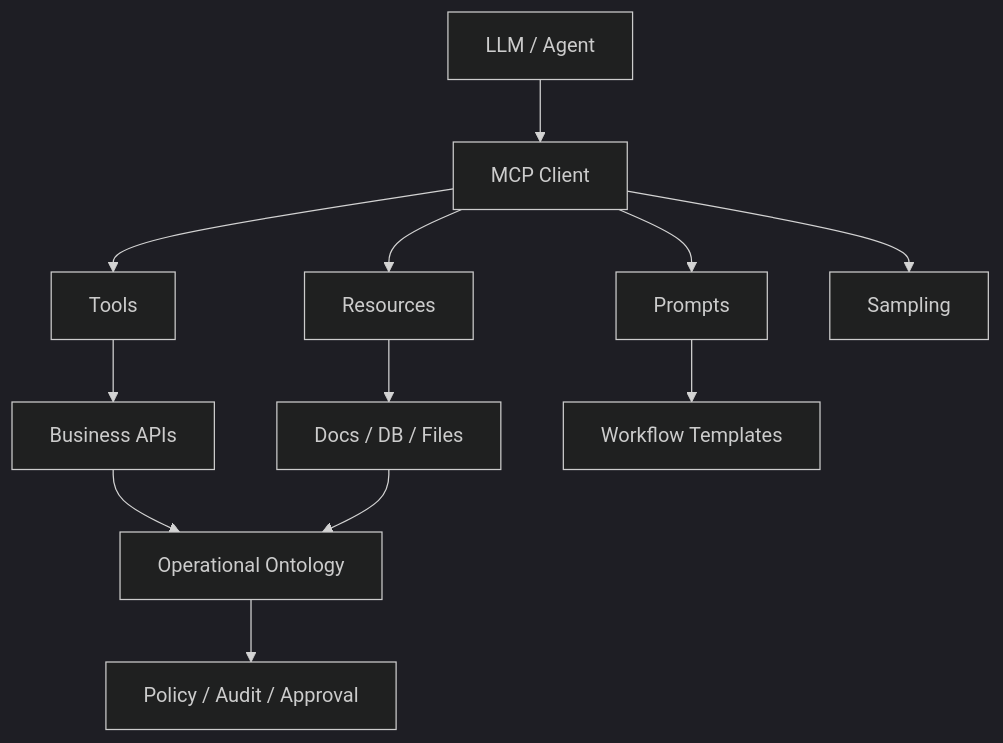
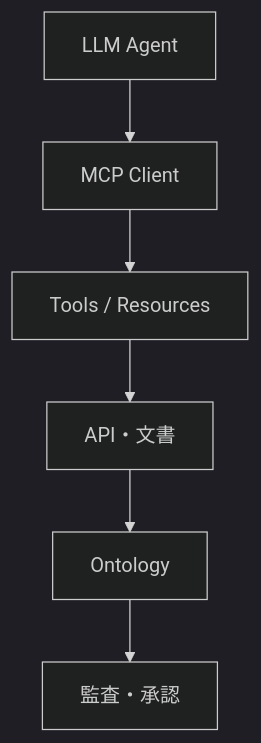
One commit to daylight55/research changed diagram 12 of 13 in src/content/blog/ai-llm-ontology-memory.mdx. Above: the diagram before and after it, drawn with Mermaid (dark theme). The commit also changed other lines of this file and 20 other files, not shown here.

Commit message:
Mermaid図の表示サイズを調整

````diff
--- a/src/content/blog/ai-llm-ontology-memory.mdx
+++ b/src/content/blog/ai-llm-ontology-memory.mdx
@@ -473,14 +447,8 @@
 ```mermaid
 flowchart TD
-  Agent["LLM / Agent"] --> Client["MCP Client"]
-  Client --> Tools["Tools"]
-  Client --> Resources["Resources"]
-  Client --> Prompts["Prompts"]
-  Client --> Sampling["Sampling"]
-  Tools --> APIs["Business APIs"]
-  Resources --> Docs["Docs / DB / Files"]
-  Prompts --> Flows["Workflow Templates"]
-  APIs --> Ont["Operational Ontology"]
-  Docs --> Ont
-  Ont --> Audit["Policy / Audit / Approval"]
+  Agent["LLM Agent"] --> Client["MCP Client"]
+  Client --> Surface["Tools / Resources"]
+  Surface --> Data["API・文書"]
+  Data --> Ont["Ontology"]
+  Ont --> Aud["監査・承認"]
 ```
````
